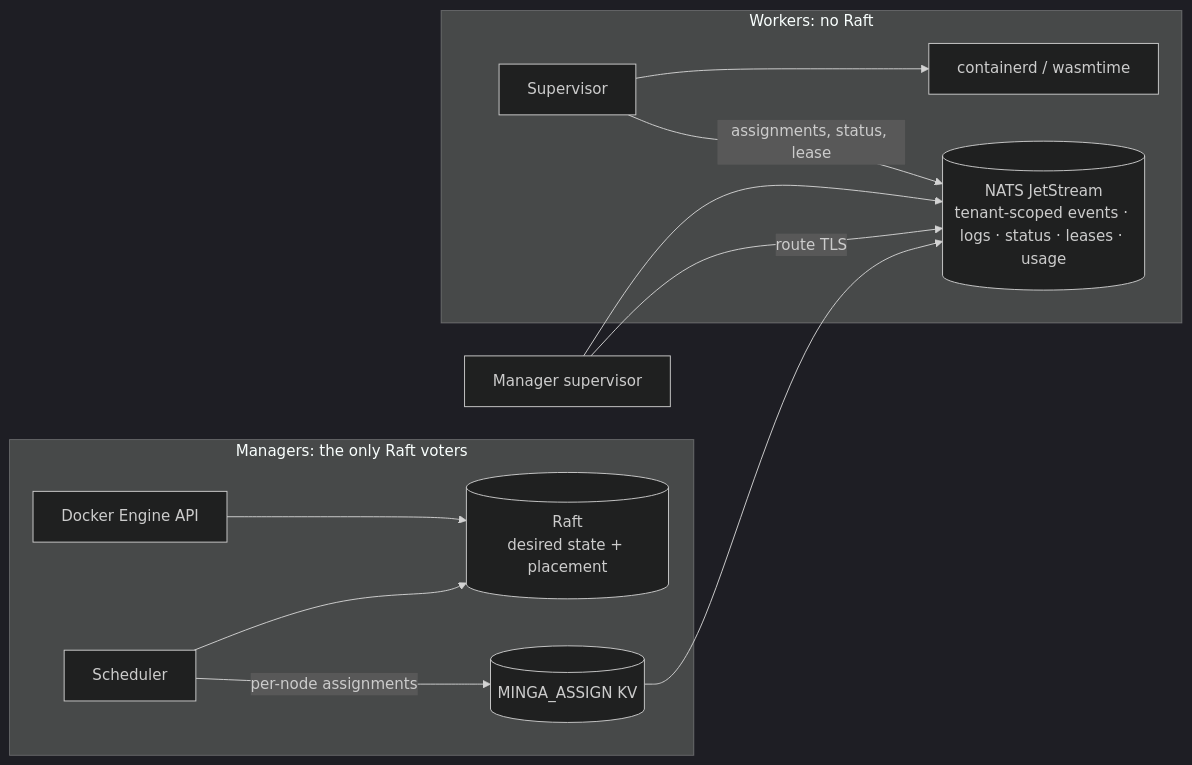
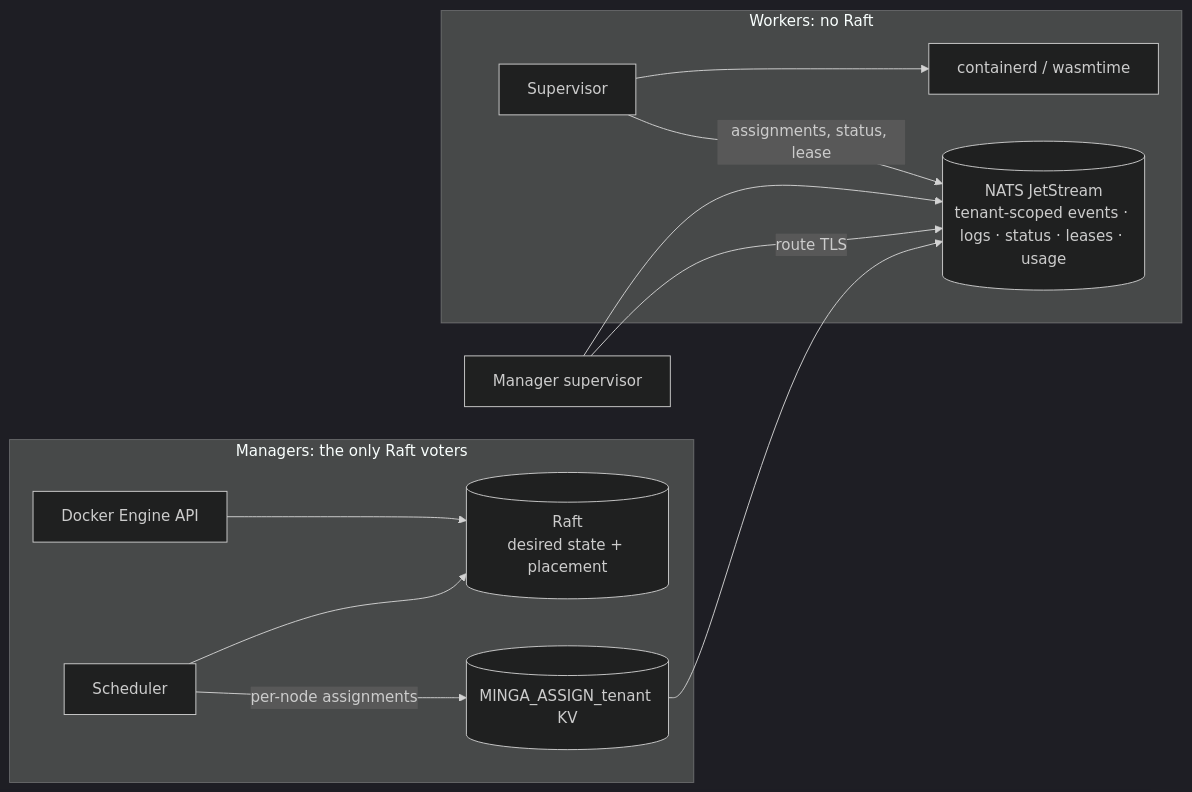
One commit to lithqube/minga changed the first of 2 diagrams in docs/architecture.md. Above: the diagram before and after it, drawn with Mermaid (dark theme). The commit also changed other lines of this file and 13 other files, not shown here.

````diff
--- a/docs/architecture.md
+++ b/docs/architecture.md
@@ -7,16 +7,16 @@
 ```mermaid
 flowchart LR
   subgraph managers["Managers: the only Raft voters"]
     API["Docker Engine API"] --> R[("Raft<br/>desired state + placement")]
     S["Scheduler"] --> R
-    S -- per-node assignments --> A[("MINGA_ASSIGN KV")]
+    S -- per-node assignments --> A[("MINGA_ASSIGN_tenant KV")]
   end
   J[("NATS JetStream<br/>tenant-scoped events · logs · status · leases · usage")]
   M["Manager supervisor"] --> J
   M -- route TLS --> J
   A --> J
   subgraph workers["Workers: no Raft"]
     W["Supervisor"] --> C["containerd / wasmtime"]
     W -- assignments, status, lease --> J
   end
 ```
````
